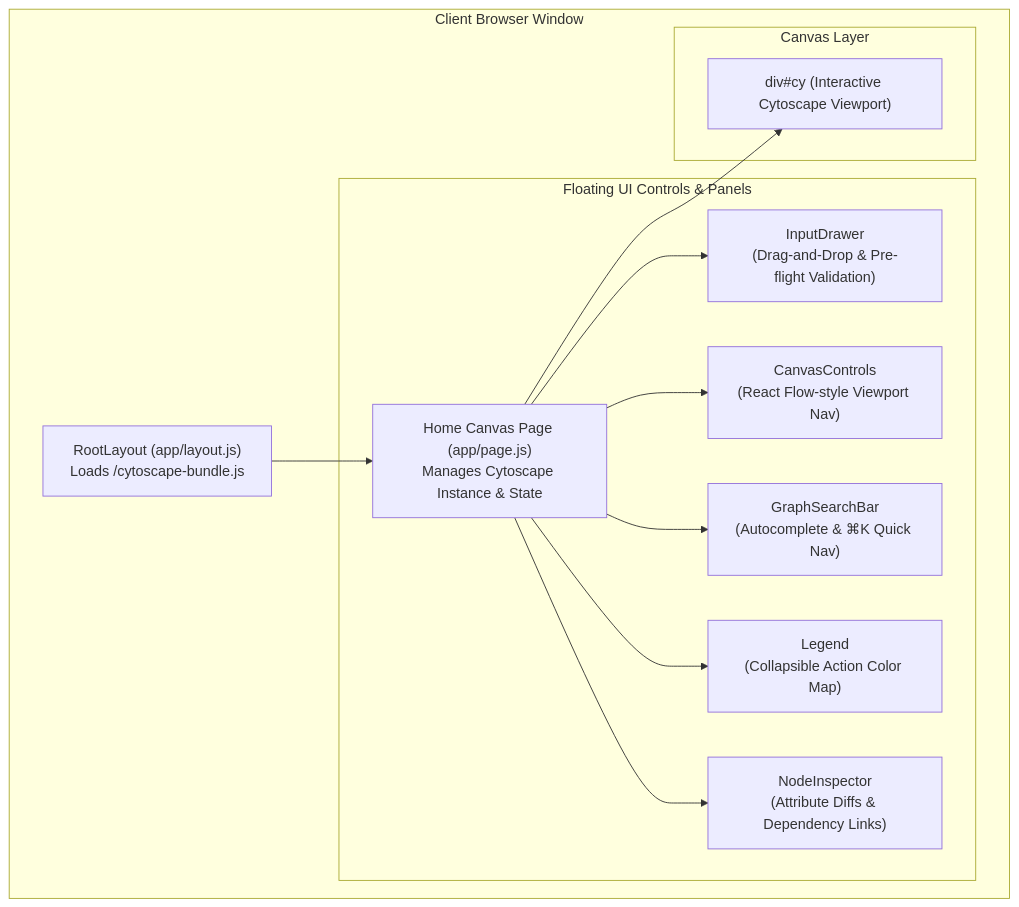
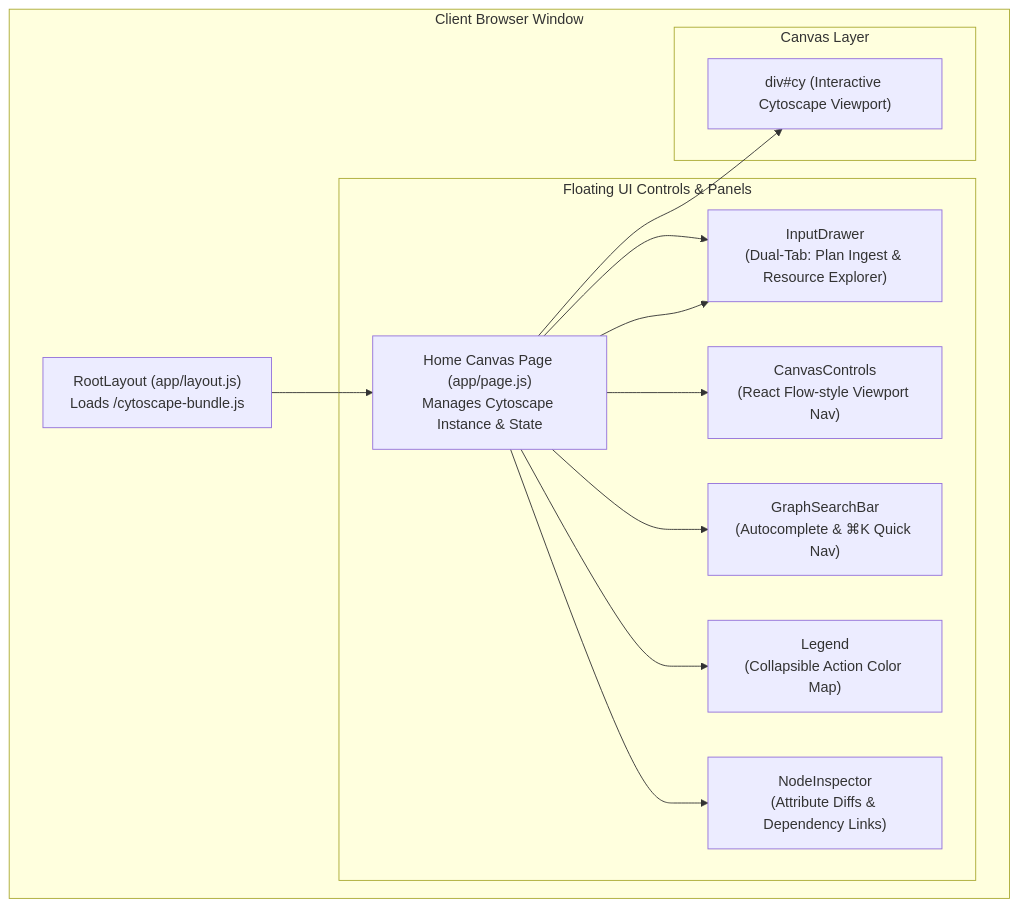
The first of 2 diagrams in ui/README.md (AatirNadim/plan-parse), drawn with Mermaid before and after one commit. The commit also changed other lines of this file and 11 other files, not shown here.

````diff
--- a/ui/README.md
+++ b/ui/README.md
@@ -16,21 +16,22 @@
 ```mermaid
 flowchart TD
     subgraph Browser["Client Browser Window"]
         Layout["RootLayout (app/layout.js)<br/>Loads /cytoscape-bundle.js"]
         Page["Home Canvas Page (app/page.js)<br/>Manages Cytoscape Instance & State"]
 
         Layout --> Page
 
         subgraph FloatingOverlays["Floating UI Controls & Panels"]
             Page --> InputDrawer["InputDrawer<br/>(Drag-and-Drop & Pre-flight Validation)"]
+            Page --> InputDrawer["InputDrawer<br/>(Dual-Tab: Plan Ingest & Resource Explorer)"]
             Page --> CanvasControls["CanvasControls<br/>(React Flow-style Viewport Nav)"]
             Page --> GraphSearchBar["GraphSearchBar<br/>(Autocomplete & ⌘K Quick Nav)"]
             Page --> Legend["Legend<br/>(Collapsible Action Color Map)"]
             Page --> NodeInspector["NodeInspector<br/>(Attribute Diffs & Dependency Links)"]
         end
 
         subgraph CanvasDOM["Canvas Layer"]
             Page --> CyContainer["div#cy (Interactive Cytoscape Viewport)"]
         end
     end
 ```
````
